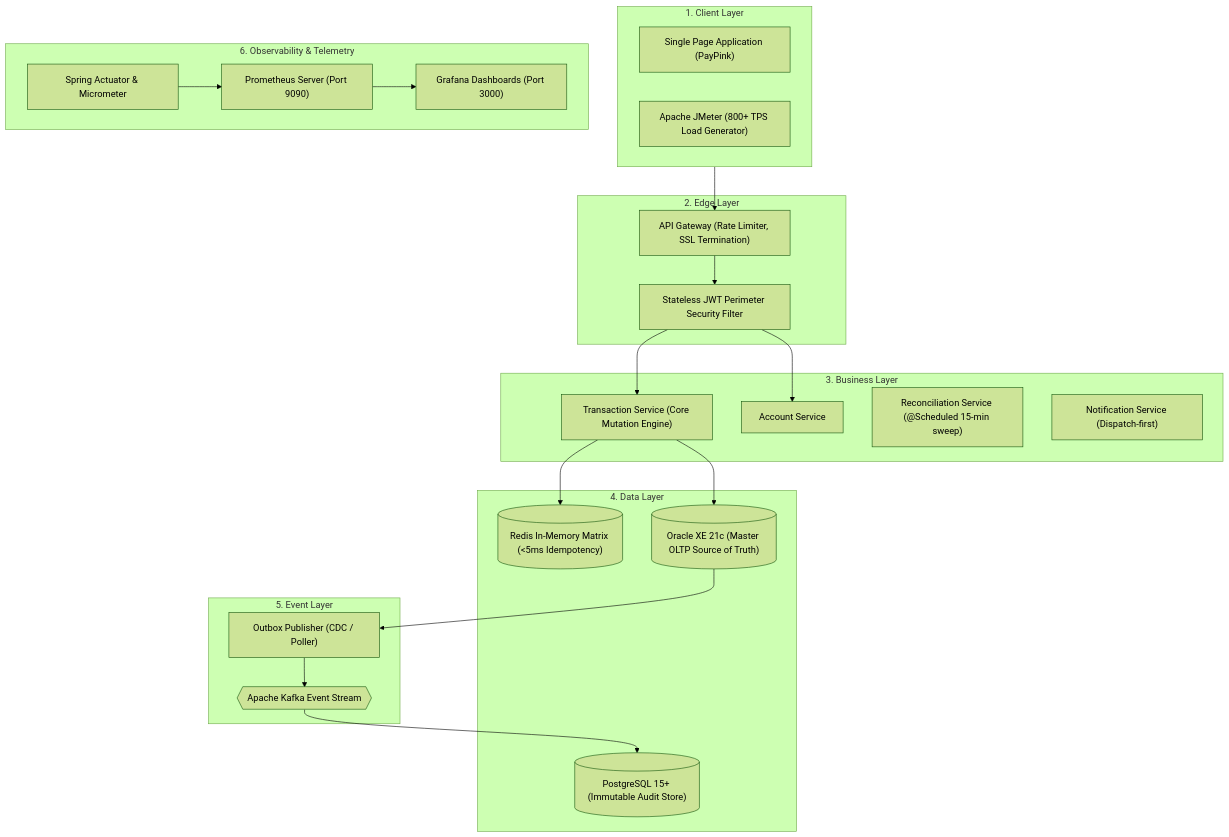
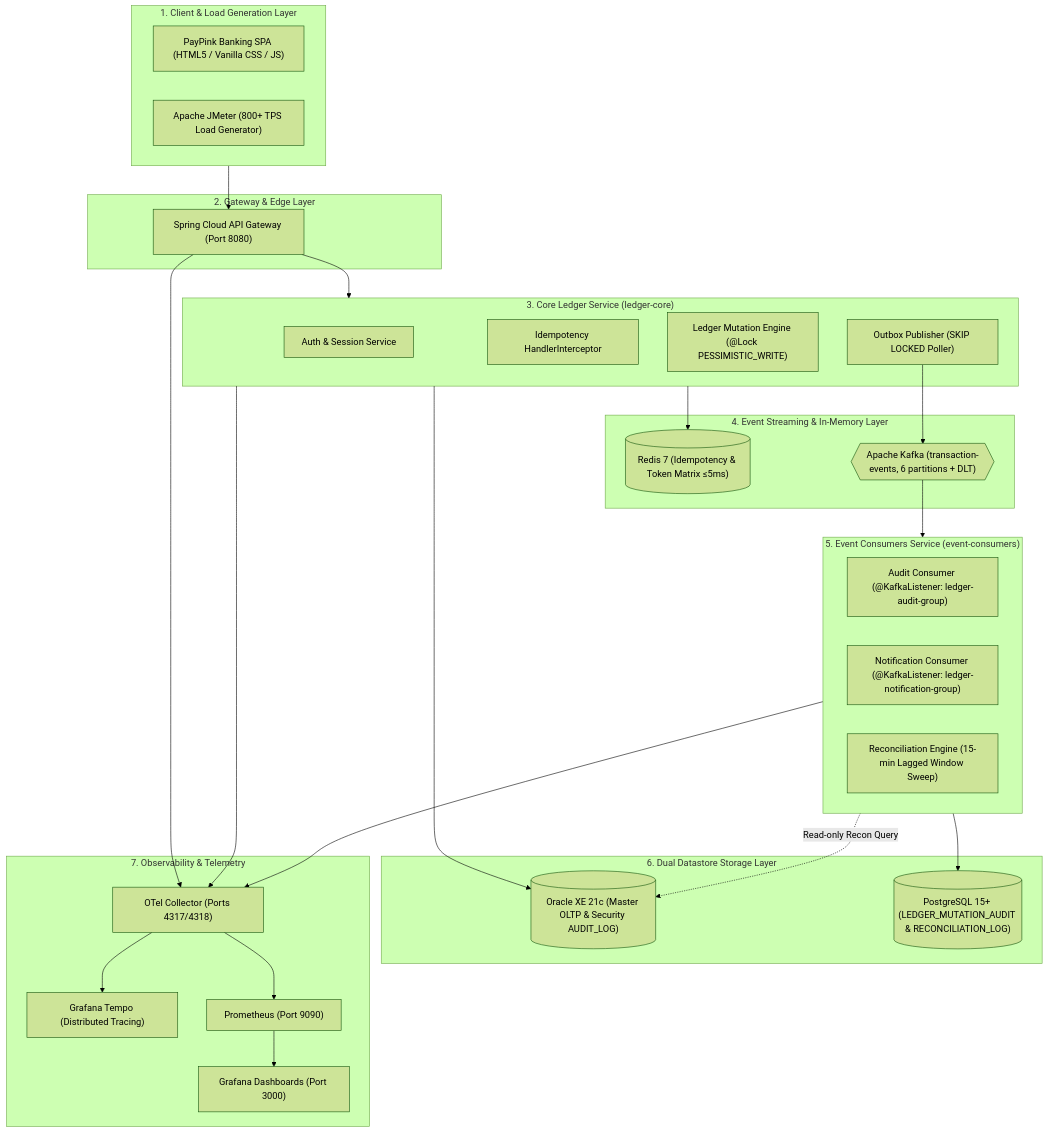
Before and after one commit to lebaiidesu/FSE-Capstone: the diagram in docs/ARCHITECTURE.md, drawn with Mermaid (forest theme). The commit also changed other lines of this file and 24 other files, not shown here.

Commit message:
feat: initialize core retail ledger backend application with security, database, and messaging configurations

````diff
--- a/docs/ARCHITECTURE.md
+++ b/docs/ARCHITECTURE.md
@@ -12,44 +28,54 @@
 ```mermaid
 flowchart TD
-    subgraph L1["1. Client Layer"]
-        SPA["Single Page Application (PayPink)"]
+    subgraph ClientLayer["1. Client & Load Generation Layer"]
+        SPA["PayPink Banking SPA (HTML5 / Vanilla CSS / JS)"]
         JMeter["Apache JMeter (800+ TPS Load Generator)"]
     end
 
-    subgraph L2["2. Edge Layer"]
-        Gateway["API Gateway (Rate Limiter, SSL Termination)"]
-        AuthFilter["Stateless JWT Perimeter Security Filter"]
+    subgraph EdgeLayer["2. Gateway & Edge Layer"]
+        Gateway["Spring Cloud API Gateway (Port 8080)"]
     end
 
-    subgraph L3["3. Business Layer"]
-        TxService["Transaction Service (Core Mutation Engine)"]
-        AccountService["Account Service"]
-        ReconService["Reconciliation Service (@Scheduled 15-min sweep)"]
-        NotificationService["Notification Service (Dispatch-first)"]
+    subgraph CoreLayer["3. Core Ledger Service (ledger-core)"]
+        AuthService["Auth & Session Service"]
+        IdempInter["Idempotency HandlerInterceptor"]
+        MutationEngine["Ledger Mutation Engine (@Lock PESSIMISTIC_WRITE)"]
+        OutboxPoller["Outbox Publisher (SKIP LOCKED Poller)"]
     end
 
-    subgraph L4["4. Data Layer"]
-        Redis[("Redis In-Memory Matrix (<5ms Idempotency)")]
-        OracleXE[("Oracle XE 21c (Master OLTP Source of Truth)")]
-        Postgres[("PostgreSQL 15+ (Immutable Audit Store)")]
+    subgraph EventLayer["4. Event Streaming & In-Memory Layer"]
+        Redis[("Redis 7 (Idempotency & Token Matrix ≤5ms)")]
+        Kafka{{"Apache Kafka (transaction-events, 6 partitions + DLT)"}}
     end
 
-    subgraph L5["5. Event Layer"]
-        OutboxPub["Outbox Publisher (CDC / Poller)"]
-        Kafka{{"Apache Kafka Event Stream"}}
+    subgraph ConsumerLayer["5. Event Consumers Service (event-consumers)"]
+        AuditConsumer["Audit Consumer (@KafkaListener: ledger-audit-group)"]
+        NotifConsumer["Notification Consumer (@KafkaListener: ledger-notification-group)"]
+        ReconService["Reconciliation Engine (15-min Lagged Window Sweep)"]
     end
 
-    subgraph L6["6. Observability & Telemetry"]
-        Actuator["Spring Actuator & Micrometer"]
-        Prometheus["Prometheus Server (Port 9090)"]
+    subgraph StorageLayer["6. Dual Datastore Storage Layer"]
+        OracleXE[("Oracle XE 21c (Master OLTP & Security AUDIT_LOG)")]
+        Postgres[("PostgreSQL 15+ (LEDGER_MUTATION_AUDIT & RECONCILIATION_LOG)")]
+    end
+
+    subgraph ObservabilityLayer["7. Observability & Telemetry"]
+        OTel["OTel Collector (Ports 4317/4318)"]
+        Tempo["Grafana Tempo (Distributed Tracing)"]
+        Prometheus["Prometheus (Port 9090)"]
         Grafana["Grafana Dashboards (Port 3000)"]
     end
 
-    L1 --> Gateway
-    Gateway --> AuthFilter --> TxService & AccountService
-    TxService --> Redis
-    TxService --> OracleXE
-    OracleXE --> OutboxPub --> Kafka
-    Kafka --> Postgres
-    Actuator --> Prometheus --> Grafana
+    ClientLayer --> Gateway
+    Gateway --> CoreLayer
+    CoreLayer --> Redis
+    CoreLayer --> OracleXE
+    OutboxPoller --> Kafka
+    Kafka --> ConsumerLayer
+    ConsumerLayer --> Postgres
+    ConsumerLayer -.->|Read-only Recon Query| OracleXE
+    CoreLayer & ConsumerLayer & Gateway --> OTel
+    OTel --> Tempo
+    OTel --> Prometheus
+    Prometheus --> Grafana
 ```
````
